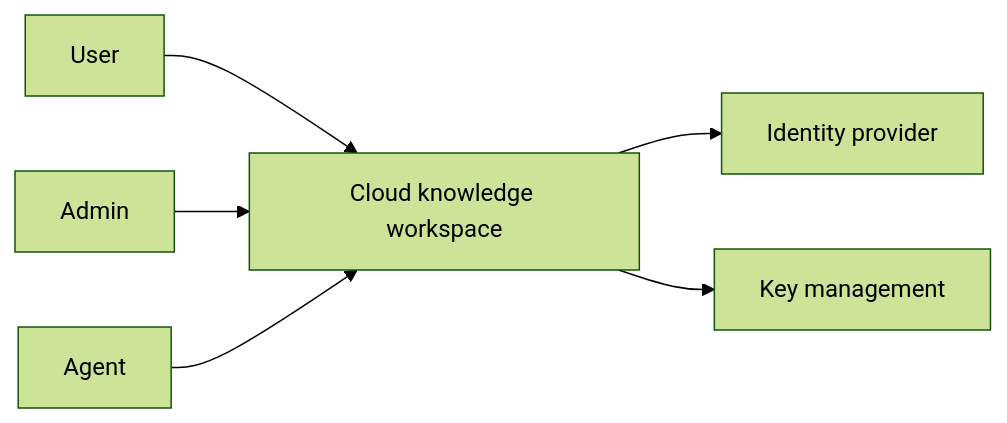
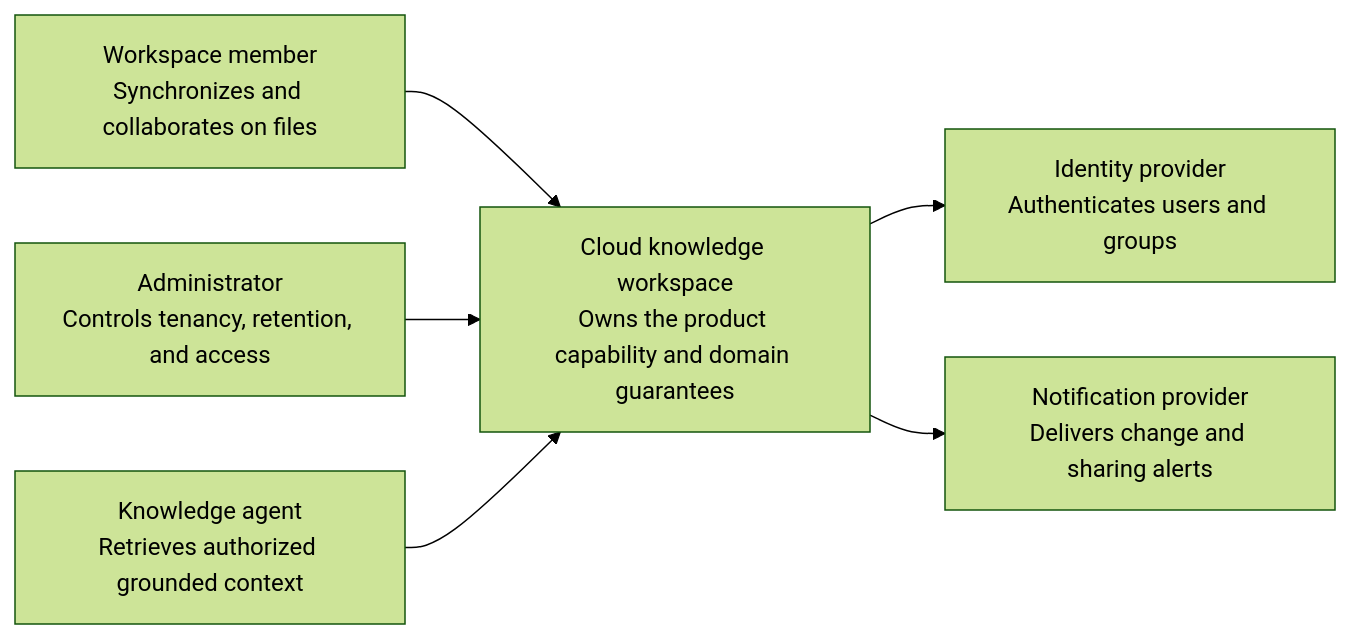
One commit to navaidya/learning changed the first of 5 diagrams in content/system-design/03-ai-native-cloud-knowledge-workspace.md. Above: the diagram before and after it, drawn with Mermaid (forest theme). The commit also changed other lines of this file and 49 other files, not shown here.

````diff
--- a/content/system-design/03-ai-native-cloud-knowledge-workspace.md
+++ b/content/system-design/03-ai-native-cloud-knowledge-workspace.md
@@ -34,10 +53,11 @@
 ```mermaid
 flowchart LR
-  accTitle: Cloud workspace system context
-  accDescr: Users, administrators, and agents access the workspace through identity and key-management boundaries.
-  User --> Workspace[Cloud knowledge workspace]
-  Admin --> Workspace
-  Agent --> Workspace
-  Workspace --> Identity[Identity provider]
-  Workspace --> KMS[Key management]
+  accTitle: Cloud knowledge workspace system context
+  accDescr: Human and system actors use Cloud knowledge workspace, which integrates with explicitly bounded external capabilities.
+  A1["Workspace member<br/>Synchronizes and collaborates on files"] --> System
+  A2["Administrator<br/>Controls tenancy, retention, and access"] --> System
+  A3["Knowledge agent<br/>Retrieves authorized grounded context"] --> System
+  System["Cloud knowledge workspace<br/>Owns the product capability and domain guarantees"]
+  System --> E1["Identity provider<br/>Authenticates users and groups"]
+  System --> E2["Notification provider<br/>Delivers change and sharing alerts"]
 ```
````
